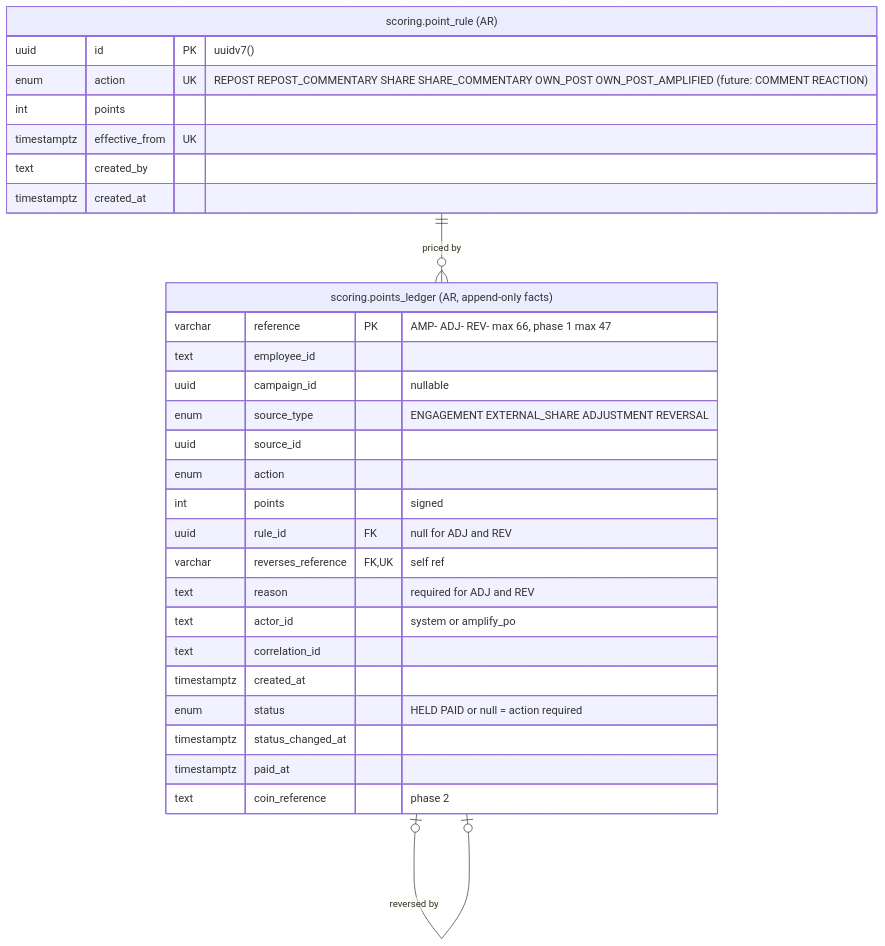
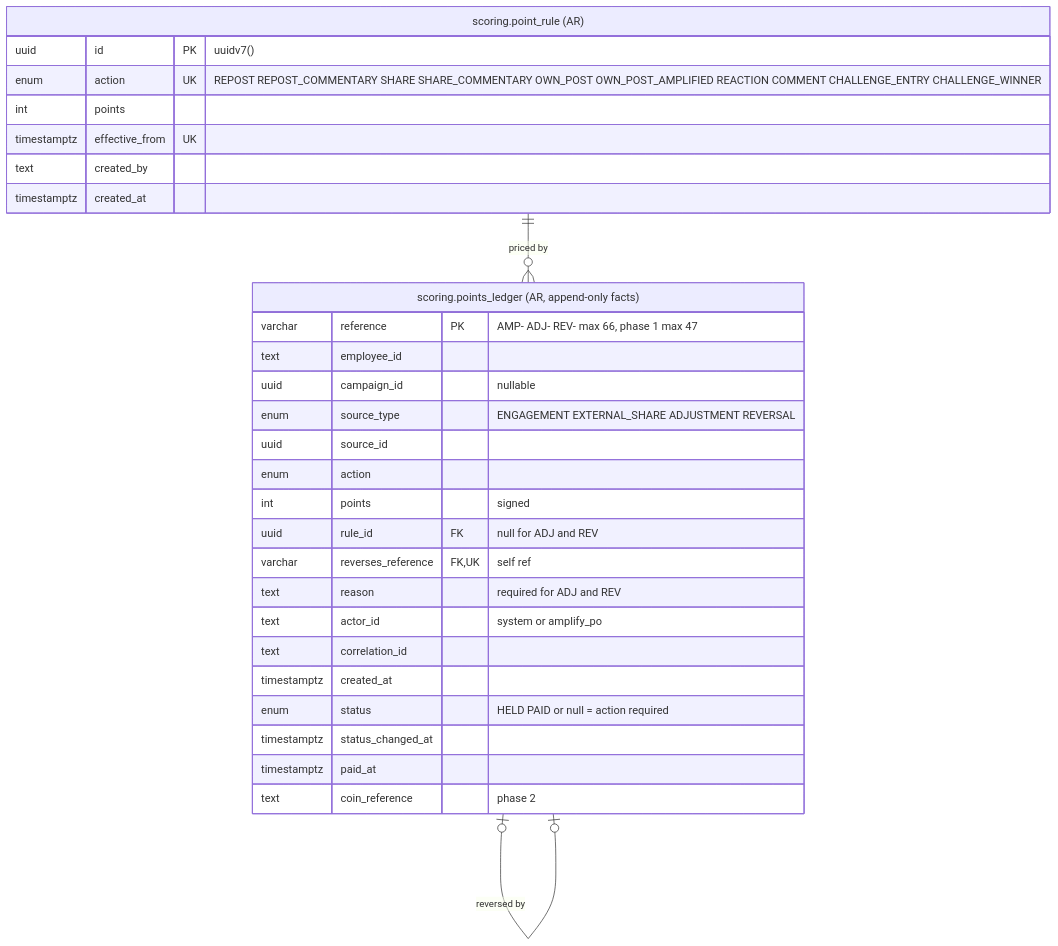
One commit to BechtelCanDoIt/marketing-tools changed the seventh of 10 diagrams in apps/amplify/amplify-database/README.md. Above: the diagram before and after it, drawn with Mermaid. The commit also changed other lines of this file, not shown here.

````diff
--- a/apps/amplify/amplify-database/README.md
+++ b/apps/amplify/amplify-database/README.md
@@ -508,33 +508,33 @@
 ```mermaid
 erDiagram
     POINT_RULE["scoring.point_rule (AR)"] {
         uuid id PK "uuidv7()"
-        enum action UK "REPOST REPOST_COMMENTARY SHARE SHARE_COMMENTARY OWN_POST OWN_POST_AMPLIFIED (future: COMMENT REACTION)"
+        enum action UK "REPOST REPOST_COMMENTARY SHARE SHARE_COMMENTARY OWN_POST OWN_POST_AMPLIFIED REACTION COMMENT CHALLENGE_ENTRY CHALLENGE_WINNER"
         int points
         timestamptz effective_from UK
         text created_by
         timestamptz created_at
     }
     POINTS_LEDGER["scoring.points_ledger (AR, append-only facts)"] {
         varchar reference PK "AMP- ADJ- REV- max 66, phase 1 max 47"
         text employee_id
         uuid campaign_id "nullable"
         enum source_type "ENGAGEMENT EXTERNAL_SHARE ADJUSTMENT REVERSAL"
         uuid source_id
         enum action
         int points "signed"
         uuid rule_id FK "null for ADJ and REV"
         varchar reverses_reference FK, UK "self ref"
         text reason "required for ADJ and REV"
         text actor_id "system or amplify_po"
         text correlation_id
         timestamptz created_at
         enum status "HELD PAID or null = action required"
         timestamptz status_changed_at
         timestamptz paid_at
         text coin_reference "phase 2"
     }
 
     POINT_RULE ||--o{ POINTS_LEDGER : "priced by"
     POINTS_LEDGER |o--o| POINTS_LEDGER : "reversed by"
 ```
````
